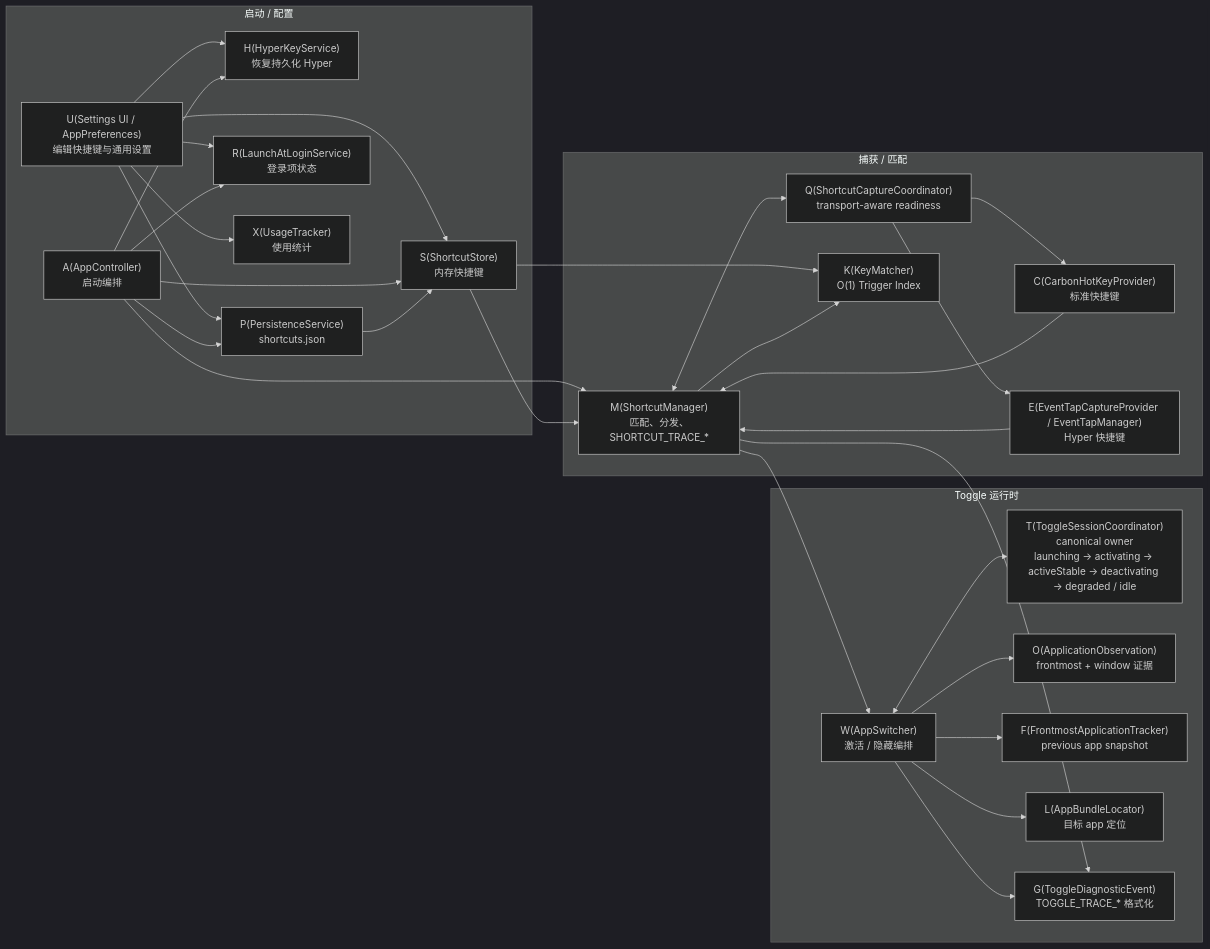
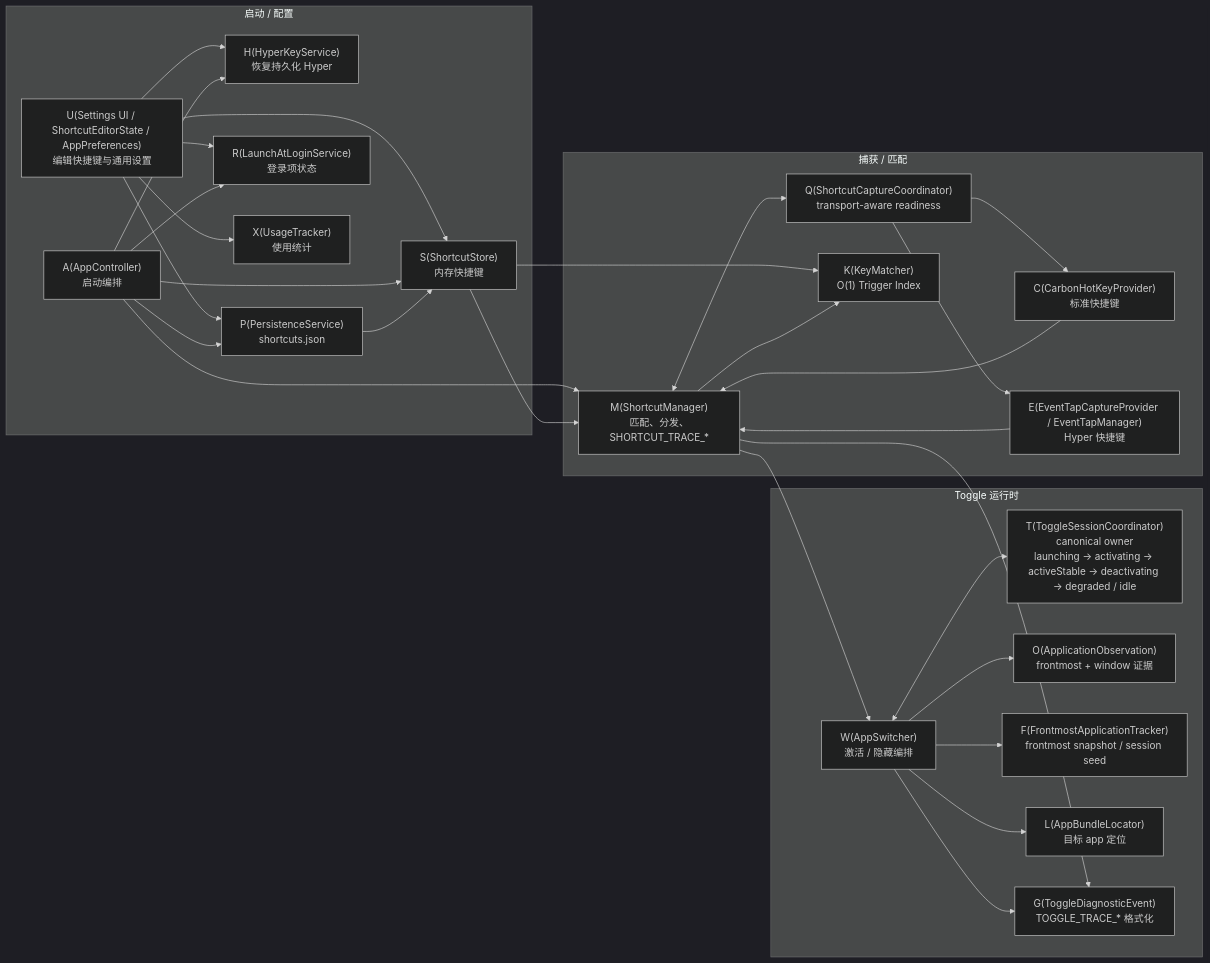
One commit to xrf9268-hue/Wink changed the diagram in docs/architecture.md. Above: the diagram before and after it, drawn with Mermaid (dark theme). The commit also changed other lines of this file and 1 other file, not shown here.

Commit message:
docs: realign architecture docs with current codebase

````diff
--- a/docs/architecture.md
+++ b/docs/architecture.md
@@ -6,61 +6,61 @@
 ```mermaid
 flowchart LR
   subgraph B["启动 / 配置"]
     A["A(AppController)\n启动编排"]
     H["H(HyperKeyService)\n恢复持久化 Hyper"]
     P["P(PersistenceService)\nshortcuts.json"]
     S["S(ShortcutStore)\n内存快捷键"]
-    U["U(Settings UI / AppPreferences)\n编辑快捷键与通用设置"]
+    U["U(Settings UI / ShortcutEditorState / AppPreferences)\n编辑快捷键与通用设置"]
     R["R(LaunchAtLoginService)\n登录项状态"]
     X["X(UsageTracker)\n使用统计"]
   end
 
   subgraph C["捕获 / 匹配"]
     M["M(ShortcutManager)\n匹配、分发、SHORTCUT_TRACE_*"]
     Q["Q(ShortcutCaptureCoordinator)\ntransport-aware readiness"]
     C1["C(CarbonHotKeyProvider)\n标准快捷键"]
     E["E(EventTapCaptureProvider / EventTapManager)\nHyper 快捷键"]
     K["K(KeyMatcher)\nO(1) Trigger Index"]
   end
 
   subgraph T["Toggle 运行时"]
     W["W(AppSwitcher)\n激活 / 隐藏编排"]
     T1["T(ToggleSessionCoordinator)\ncanonical owner\nlaunching → activating → activeStable → deactivating → degraded / idle"]
     O["O(ApplicationObservation)\nfrontmost + window 证据"]
-    F["F(FrontmostApplicationTracker)\nprevious app snapshot"]
+    F["F(FrontmostApplicationTracker)\nfrontmost snapshot / session seed"]
     L["L(AppBundleLocator)\n目标 app 定位"]
     G["G(ToggleDiagnosticEvent)\nTOGGLE_TRACE_* 格式化"]
   end
 
   U --> P
   U --> S
   U --> H
   U --> R
   U --> X
 
   A --> P
   A --> S
   A --> H
   A --> M
   A --> R
 
   P --> S
   S --> M
   S --> K
   M --> K
 
   M <--> Q
   Q --> C1
   Q --> E
   C1 --> M
   E --> M
 
   M --> W
   W <--> T1
   W --> O
   W --> F
   W --> L
 
   M --> G
   W --> G
 ```
````
